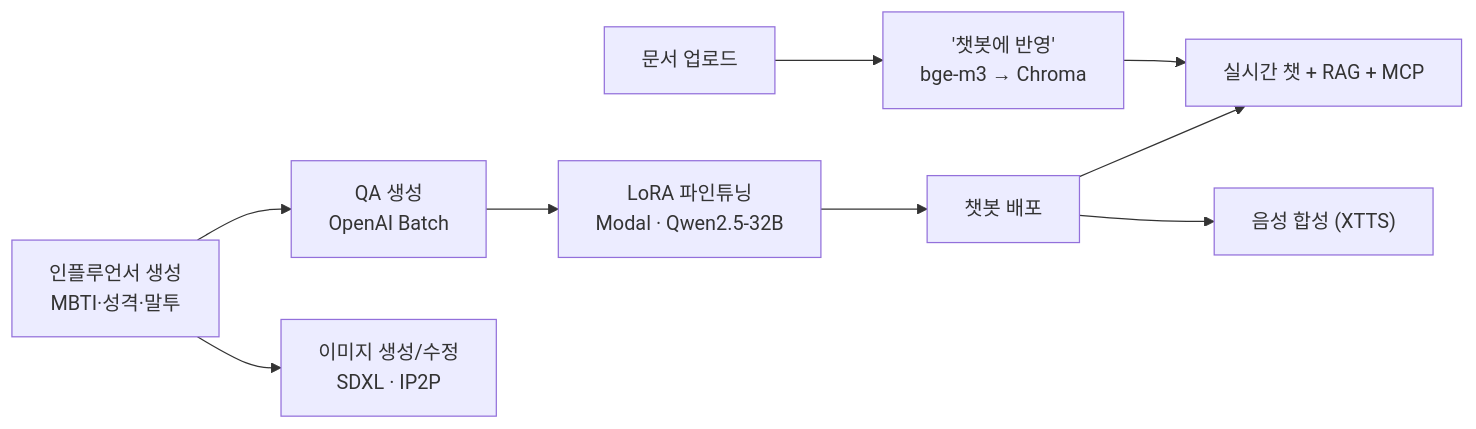
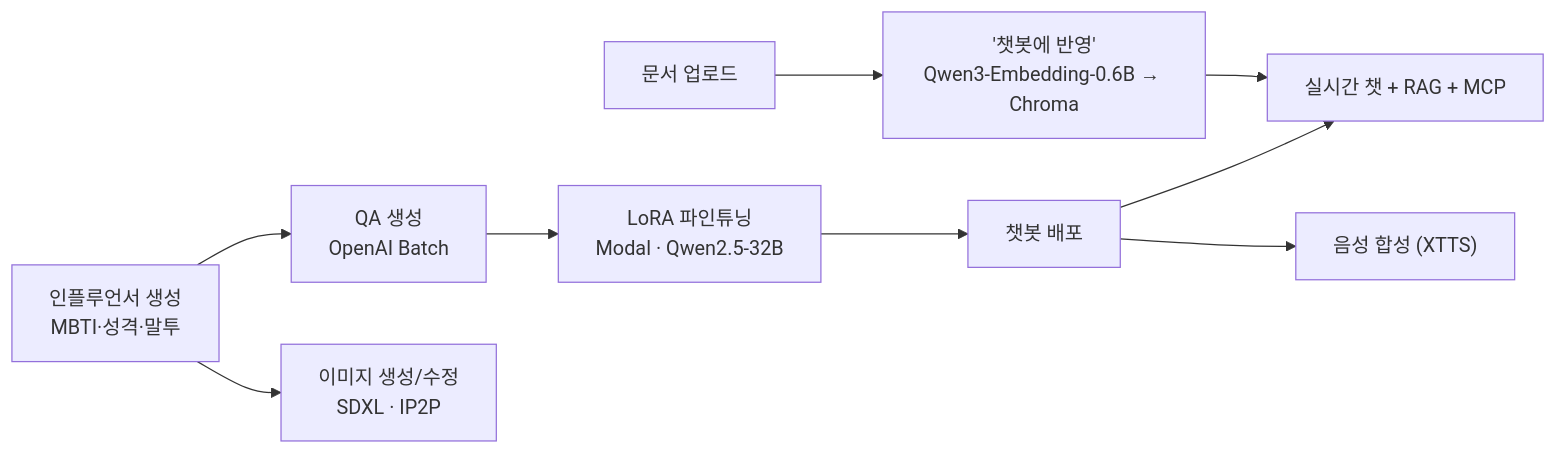
One commit to GTU9/AIMEX changed the second of 3 diagrams in README.md. Above: the diagram before and after it, drawn with Mermaid. The commit also changed other lines of this file and 15 other files, not shown here.

````diff
--- a/README.md
+++ b/README.md
@@ -228,10 +228,10 @@
 ```mermaid
 flowchart LR
     A["인플루언서 생성<br/>MBTI·성격·말투"] --> B["QA 생성<br/>OpenAI Batch"]
     B --> C["LoRA 파인튜닝<br/>Modal · Qwen2.5-32B"]
     C --> D["챗봇 배포"]
     D --> E1["실시간 챗 + RAG + MCP"]
     D --> E2["음성 합성 (XTTS)"]
     A --> F["이미지 생성/수정<br/>SDXL · IP2P"]
-    G["문서 업로드"] --> H["'챗봇에 반영'<br/>bge-m3 → Chroma"] --> E1
+    G["문서 업로드"] --> H["'챗봇에 반영'<br/>Qwen3-Embedding-0.6B → Chroma"] --> E1
 ```
````
